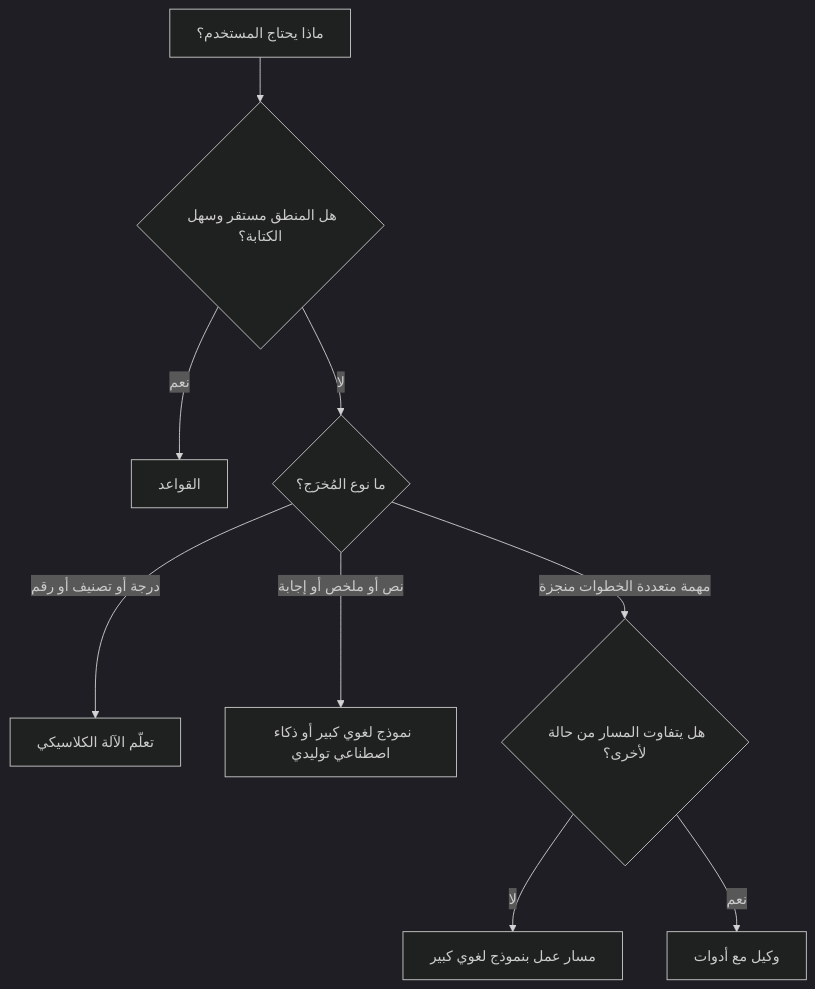
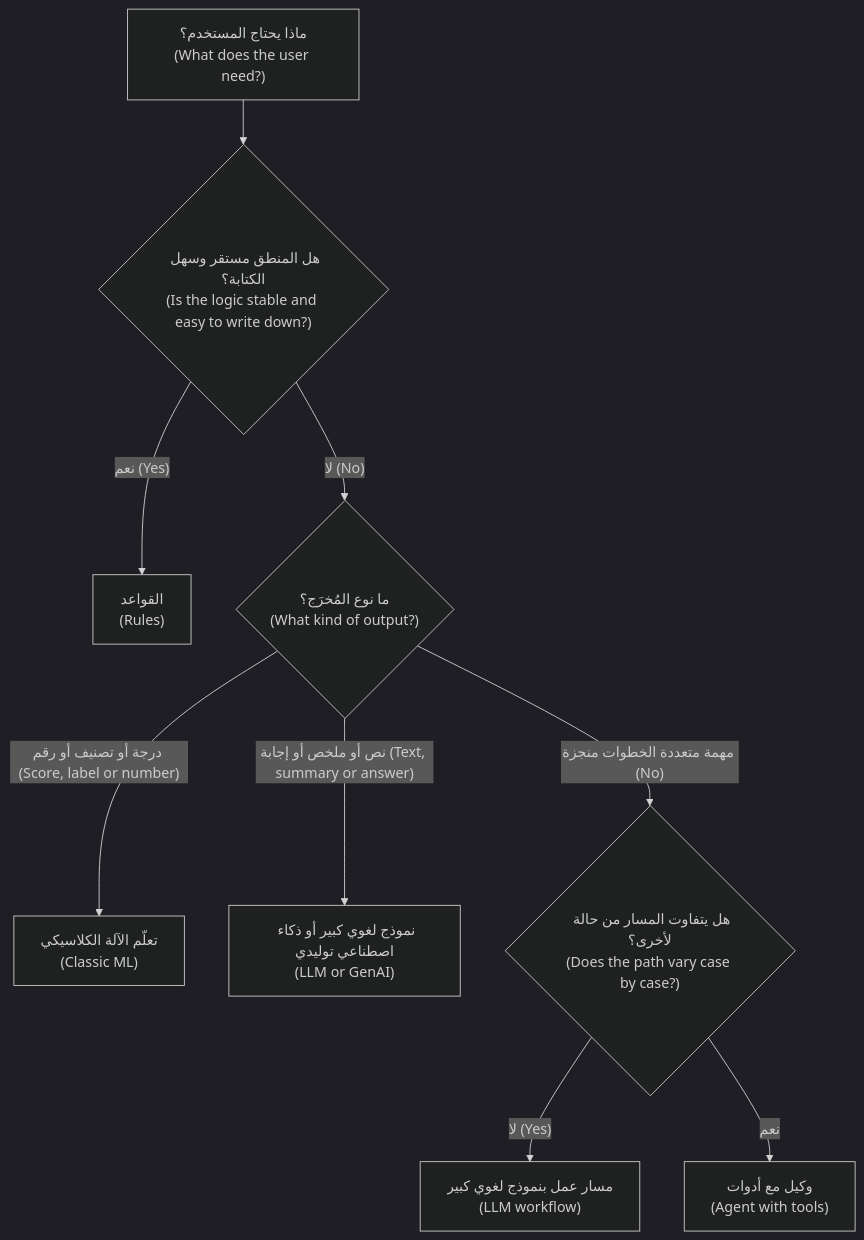
One commit to Tamoura/system-design-for-vibe-coders changed the first of 3 diagrams in aipm/modules/01-ai-literacy.ar.md. Above: the diagram before and after it, drawn with Mermaid (dark theme). The commit also changed other lines of this file and 9 other files, not shown here.

First line of the commit message:
AI PM course (AR): right-to-left diagrams with English labels

````diff
--- a/aipm/modules/01-ai-literacy.ar.md
+++ b/aipm/modules/01-ai-literacy.ar.md
@@ -71,11 +71,11 @@
 ```mermaid
 flowchart TD
-    A["ماذا يحتاج المستخدم؟"] --> B{"هل المنطق مستقر وسهل الكتابة؟"}
-    B -- نعم --> R["القواعد"]
-    B -- لا --> C{"ما نوع المُخرَج؟"}
-    C -- "درجة أو تصنيف أو رقم" --> M["تعلّم الآلة الكلاسيكي"]
-    C -- "نص أو ملخص أو إجابة" --> L["نموذج لغوي كبير أو ذكاء اصطناعي توليدي"]
-    C -- "مهمة متعددة الخطوات منجزة" --> D{"هل يتفاوت المسار من حالة لأخرى؟"}
-    D -- لا --> W["مسار عمل بنموذج لغوي كبير"]
-    D -- نعم --> G["وكيل مع أدوات"]
+    A["ماذا يحتاج المستخدم؟<br/>(What does the user need?)"] --> B{"هل المنطق مستقر وسهل الكتابة؟<br/>(Is the logic stable and easy to write down?)"}
+    B -- "نعم (Yes)" --> R["القواعد<br/>(Rules)"]
+    B -- "لا (No)" --> C{"ما نوع المُخرَج؟<br/>(What kind of output?)"}
+    C -- "درجة أو تصنيف أو رقم (Score, label or number)" --> M["تعلّم الآلة الكلاسيكي<br/>(Classic ML)"]
+    C -- "نص أو ملخص أو إجابة (Text, summary or answer)" --> L["نموذج لغوي كبير أو ذكاء اصطناعي توليدي<br/>(LLM or GenAI)"]
+    C -- "مهمة متعددة الخطوات منجزة (No)" --> D{"هل يتفاوت المسار من حالة لأخرى؟<br/>(Does the path vary case by case?)"}
+    D -- "لا (Yes)" --> W["مسار عمل بنموذج لغوي كبير<br/>(LLM workflow)"]
+    D -- نعم --> G["وكيل مع أدوات<br/>(Agent with tools)"]
 ```
````
